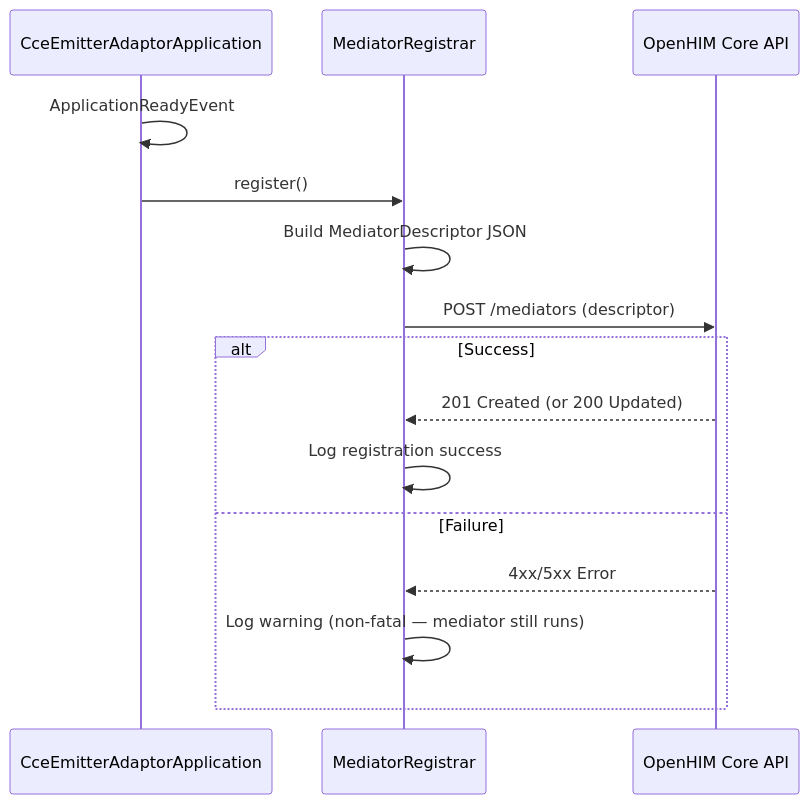
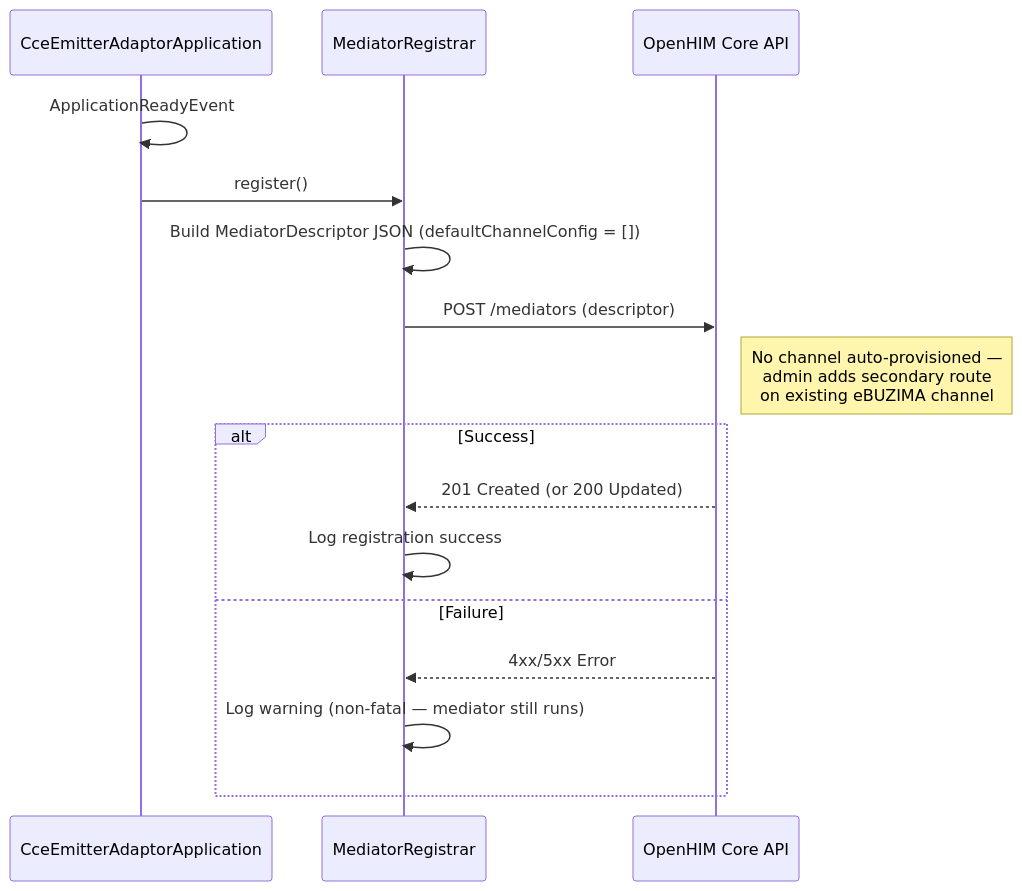
Before and after one commit to Jayaprakash8887/openhim-cce-emitter-adaptor: the second of 4 diagrams in docs/high-level-design.md, drawn with Mermaid. The commit also changed other lines of this file and 5 other files, not shown here.

````diff
--- a/docs/high-level-design.md
+++ b/docs/high-level-design.md
@@ -106,19 +106,20 @@
 ```mermaid
 sequenceDiagram
     participant App as CceEmitterAdaptorApplication
     participant Reg as MediatorRegistrar
     participant Core as OpenHIM Core API
 
     App->>App: ApplicationReadyEvent
     App->>Reg: register()
-    Reg->>Reg: Build MediatorDescriptor JSON
+    Reg->>Reg: Build MediatorDescriptor JSON (defaultChannelConfig = [])
     Reg->>Core: POST /mediators (descriptor)
+    Note right of Core: No channel auto-provisioned —<br/>admin adds secondary route<br/>on existing eBUZIMA channel
 
     alt Success
         Core-->>Reg: 201 Created (or 200 Updated)
         Reg->>Reg: Log registration success
     else Failure
         Core-->>Reg: 4xx/5xx Error
         Reg->>Reg: Log warning (non-fatal — mediator still runs)
     end
 ```
````
